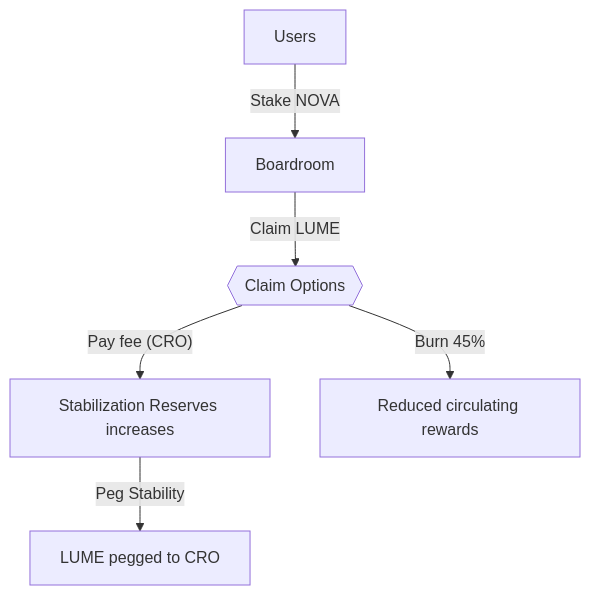
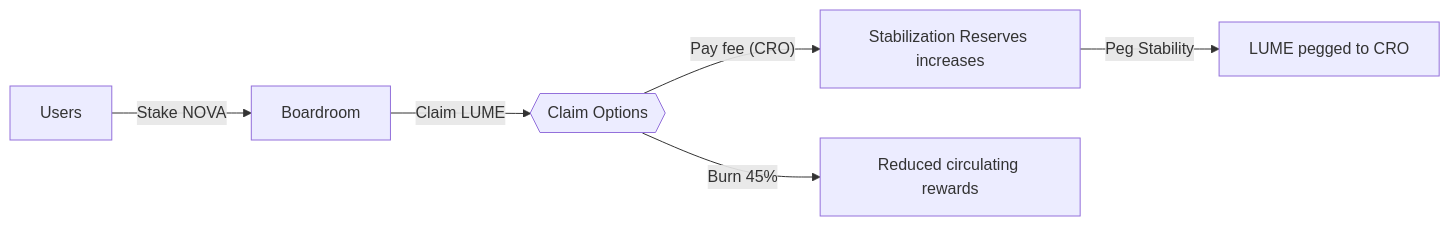
The first of 3 diagrams in README.md (lume-fi/lumefi-contracts), drawn with Mermaid before and after one commit. The commit also changed other lines of this file, not shown here.

Commit message:
Updated timeline

````diff
--- a/README.md
+++ b/README.md
@@ -62,8 +62,8 @@
 ```mermaid
-flowchart TD
+flowchart LR
     Users -->|"Stake NOVA"| Boardroom[Boardroom]
     Boardroom -->|"Claim LUME"| ClaimOptions{{"Claim Options"}}
     ClaimOptions -->|"Pay fee (CRO)"| PSR["Stabilization Reserves increases"]
     ClaimOptions -->|"Burn 45%"| RewardsReduced["Reduced circulating rewards"]
     PSR -->|"Peg Stability"| LUMEToken["LUME pegged to CRO"]
 ```
````
